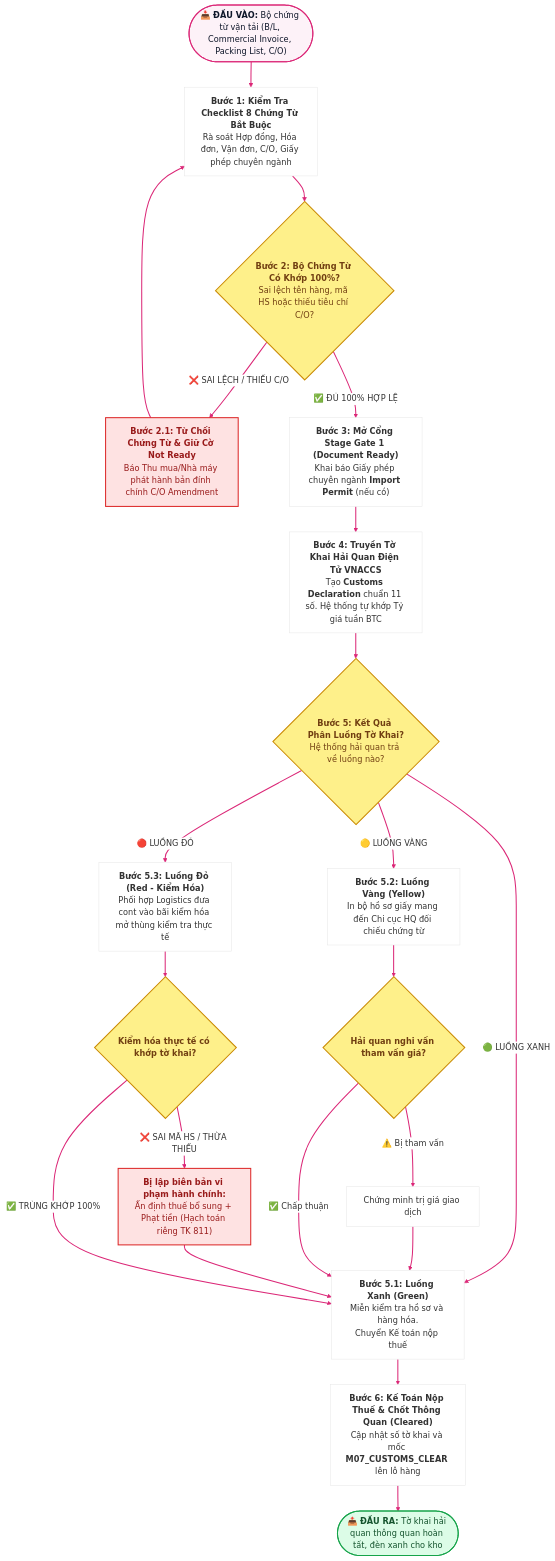
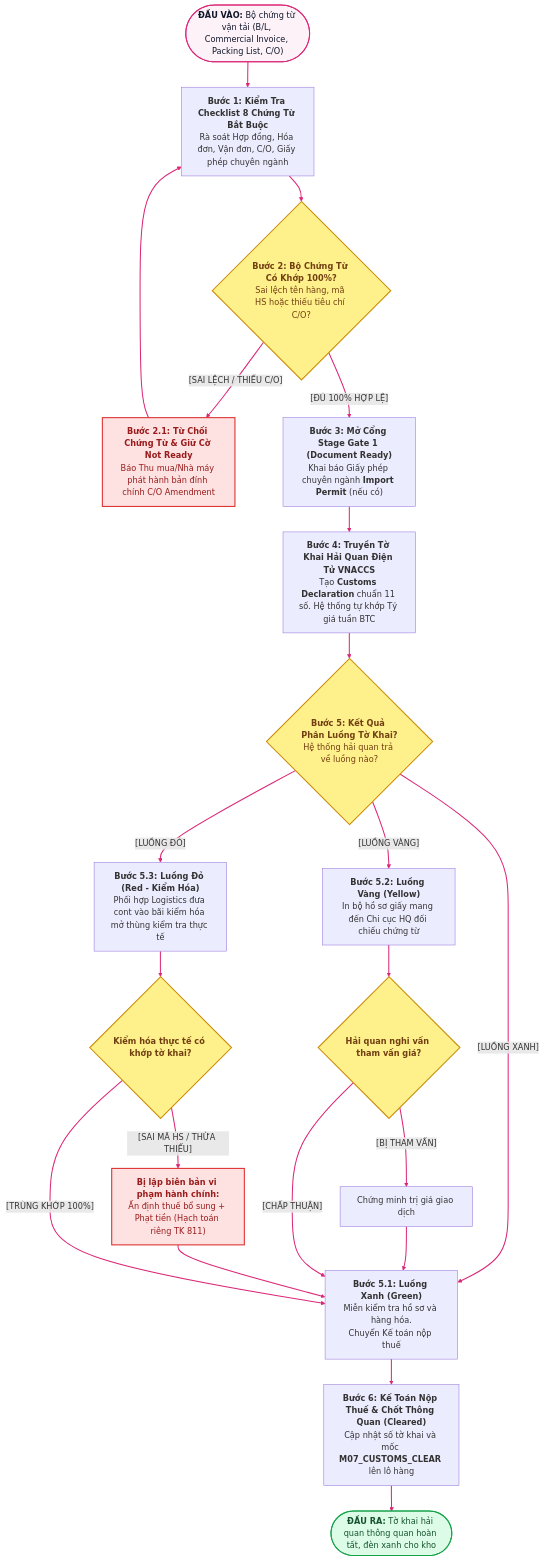
The sixth of 7 diagrams in LUONG_NGHIEP_VU_CAC_VAI_TRO_XUAT_NHAP_KHAU.md (capkimkhanh2k5/Logistics_ERPNext_RAG), drawn with Mermaid before and after one commit. The commit also changed other lines of this file, not shown here.

Commit message:
docs: remove all icons and apply clean Inter/Segoe UI typography across all diagrams

````diff
--- a/LUONG_NGHIEP_VU_CAC_VAI_TRO_XUAT_NHAP_KHAU.md
+++ b/LUONG_NGHIEP_VU_CAC_VAI_TRO_XUAT_NHAP_KHAU.md
@@ -256,44 +301,55 @@
 ```mermaid
-%%{init: {'theme': 'base', 'themeVariables': {'primaryColor': '#FFFFFF', 'lineColor': '#DB2777'}}}%%
+%%{init: {
+  'theme': 'base',
+  'themeVariables': {
+    'fontFamily': "'Inter', 'Segoe UI', -apple-system, Roboto, sans-serif",
+    'fontSize': '13px',
+    'primaryColor': '#FFFFFF',
+    'primaryTextColor': '#0F172A',
+    'primaryBorderColor': '#DB2777',
+    'lineColor': '#DB2777',
+    'edgeLabelBackground':'#FFFFFF'
+  }
+}}%%
 flowchart TD
-    H_IN(["📥 <b>ĐẦU VÀO:</b> Bộ chứng từ vận tải (B/L, Commercial Invoice, Packing List, C/O)"]) --> H1
+    H_IN(["<b>ĐẦU VÀO:</b> Bộ chứng từ vận tải (B/L, Commercial Invoice, Packing List, C/O)"]) --> H1
     H1["<b>Bước 1: Kiểm Tra Checklist 8 Chứng Từ Bắt Buộc</b><br>Rà soát Hợp đồng, Hóa đơn, Vận đơn, C/O, Giấy phép chuyên ngành"] --> H2
     
     H2{"<b>Bước 2: Bộ Chứng Từ Có Khớp 100%?</b><br>Sai lệch tên hàng, mã HS hoặc thiếu tiêu chí C/O?"}
     
-    H2 -- "❌ SAI LỆCH / THIẾU C/O" --> H_REJ["<b>Bước 2.1: Từ Chối Chứng Từ & Giữ Cờ Not Ready</b><br>Báo Thu mua/Nhà máy phát hành bản đính chính C/O Amendment"] --> H1
+    H2 -- "[SAI LỆCH / THIẾU C/O]" --> H_REJ["<b>Bước 2.1: Từ Chối Chứng Từ & Giữ Cờ Not Ready</b><br>Báo Thu mua/Nhà máy phát hành bản đính chính C/O Amendment"] --> H1
     
-    H2 -- "✅ ĐỦ 100% HỢP LỆ" --> H3["<b>Bước 3: Mở Cổng Stage Gate 1 (Document Ready)</b><br>Khai báo Giấy phép chuyên ngành <b>Import Permit</b> (nếu có)"] --> H4
+    H2 -- "[ĐỦ 100% HỢP LỆ]" --> H3["<b>Bước 3: Mở Cổng Stage Gate 1 (Document Ready)</b><br>Khai báo Giấy phép chuyên ngành <b>Import Permit</b> (nếu có)"] --> H4
     
     H4["<b>Bước 4: Truyền Tờ Khai Hải Quan Điện Tử VNACCS</b><br>Tạo <b>Customs Declaration</b> chuẩn 11 số. Hệ thống tự khớp Tỷ giá tuần BTC"] --> H5
     
     H5{"<b>Bước 5: Kết Quả Phân Luồng Tờ Khai?</b><br>Hệ thống hải quan trả về luồng nào?"}
     
-    H5 -- "🟢 LUỒNG XANH" --> H_GREEN["<b>Bước 5.1: Luồng Xanh (Green)</b><br>Miễn kiểm tra hồ sơ và hàng hóa.<br>Chuyển Kế toán nộp thuế"]
+    H5 -- "[LUỒNG XANH]" --> H_GREEN["<b>Bước 5.1: Luồng Xanh (Green)</b><br>Miễn kiểm tra hồ sơ và hàng hóa.<br>Chuyển Kế toán nộp thuế"]
     
-    H5 -- "🟡 LUỒNG VÀNG" --> H_YELLOW["<b>Bước 5.2: Luồng Vàng (Yellow)</b><br>In bộ hồ sơ giấy mang đến Chi cục HQ đối chiếu chứng từ"]
+    H5 -- "[LUỒNG VÀNG]" --> H_YELLOW["<b>Bước 5.2: Luồng Vàng (Yellow)</b><br>In bộ hồ sơ giấy mang đến Chi cục HQ đối chiếu chứng từ"]
     
-    H5 -- "🔴 LUỒNG ĐỎ" --> H_RED["<b>Bước 5.3: Luồng Đỏ (Red - Kiểm Hóa)</b><br>Phối hợp Logistics đưa cont vào bãi kiểm hóa mở thùng kiểm tra thực tế"]
+    H5 -- "[LUỒNG ĐỎ]" --> H_RED["<b>Bước 5.3: Luồng Đỏ (Red - Kiểm Hóa)</b><br>Phối hợp Logistics đưa cont vào bãi kiểm hóa mở thùng kiểm tra thực tế"]
     
     H_YELLOW --> H6{"<b>Hải quan nghi vấn tham vấn giá?</b>"}
-    H6 -- "⚠️ Bị tham vấn" --> H_CONSULT["Chứng minh trị giá giao dịch"] --> H_GREEN
-    H6 -- "✅ Chấp thuận" --> H_GREEN
+    H6 -- "[BỊ THAM VẤN]" --> H_CONSULT["Chứng minh trị giá giao dịch"] --> H_GREEN
+    H6 -- "[CHẤP THUẬN]" --> H_GREEN
     
     H_RED --> H7{"<b>Kiểm hóa thực tế có khớp tờ khai?</b>"}
-    H7 -- "❌ SAI MÃ HS / THỪA THIẾU" --> H_FINE["<b>Bị lập biên bản vi phạm hành chính:</b><br>Ấn định thuế bổ sung + Phạt tiền (Hạch toán riêng TK 811)"] --> H_GREEN
-    H7 -- "✅ TRÙNG KHỚP 100%" --> H_GREEN
+    H7 -- "[SAI MÃ HS / THỪA THIẾU]" --> H_FINE["<b>Bị lập biên bản vi phạm hành chính:</b><br>Ấn định thuế bổ sung + Phạt tiền (Hạch toán riêng TK 811)"] --> H_GREEN
+    H7 -- "[TRÙNG KHỚP 100%]" --> H_GREEN
     
     H_GREEN --> H8["<b>Bước 6: Kế Toán Nộp Thuế & Chốt Thông Quan (Cleared)</b><br>Cập nhật số tờ khai và mốc <b>M07_CUSTOMS_CLEAR</b> lên lô hàng"] --> H_OUT
     
-    H_OUT(["📤 <b>ĐẦU RA:</b> Tờ khai hải quan thông quan hoàn tất, đèn xanh cho kho"])
+    H_OUT(["<b>ĐẦU RA:</b> Tờ khai hải quan thông quan hoàn tất, đèn xanh cho kho"])
 
     style H_IN fill:#FDF2F8,stroke:#DB2777,stroke-width:2px,color:#0F172A
     style H2 fill:#FEF08A,stroke:#CA8A04,stroke-width:2px,color:#713F12
     style H5 fill:#FEF08A,stroke:#CA8A04,stroke-width:2px,color:#713F12
     style H6 fill:#FEF08A,stroke:#CA8A04,stroke-width:2px,color:#713F12
     style H7 fill:#FEF08A,stroke:#CA8A04,stroke-width:2px,color:#713F12
     style H_REJ fill:#FEE2E2,stroke:#DC2626,stroke-width:2px,color:#991B1B
     style H_FINE fill:#FEE2E2,stroke:#DC2626,stroke-width:2px,color:#991B1B
     style H_OUT fill:#DCFCE7,stroke:#16A34A,stroke-width:2px,color:#14532D
     linkStyle default stroke:#DB2777,stroke-width:2px;
 ```
````
